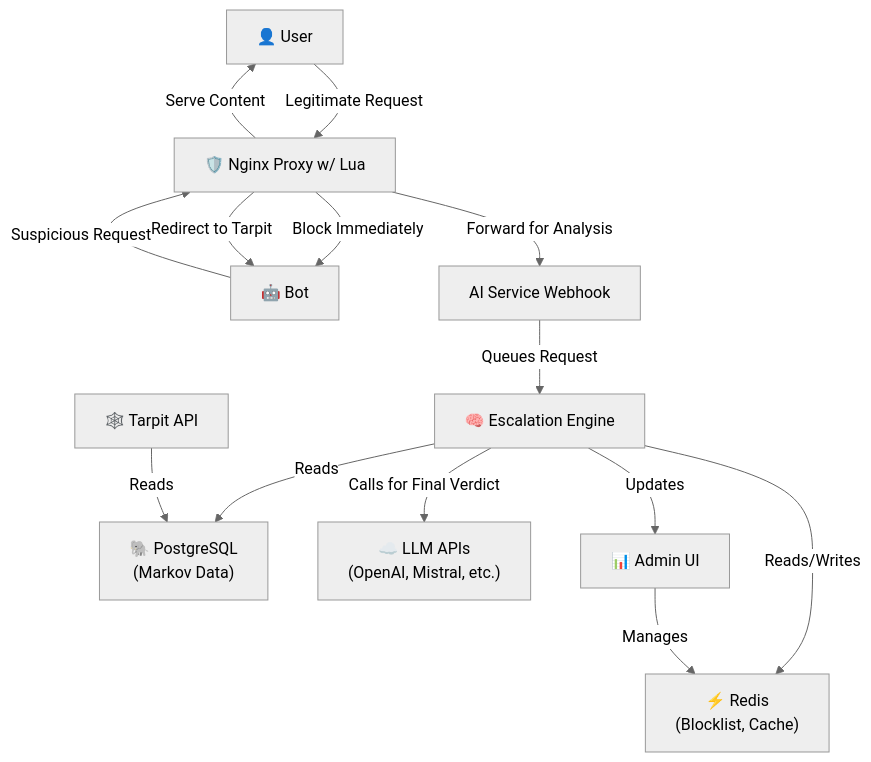
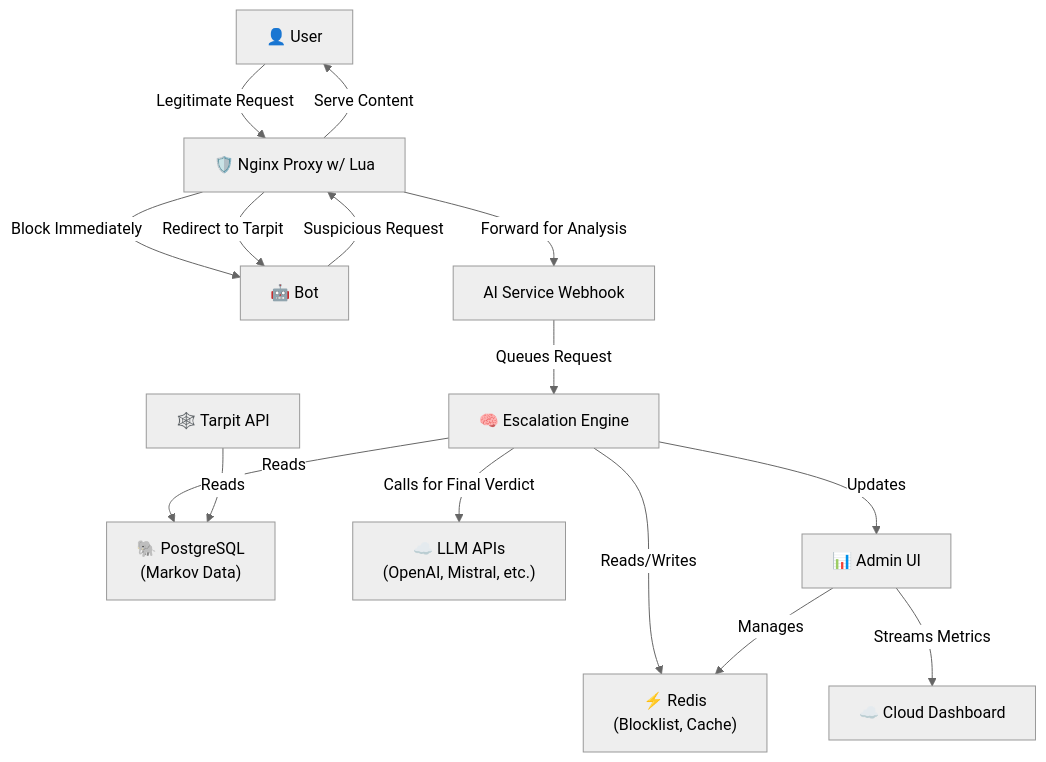
The second of 3 diagrams in docs/architecture.md (rhamenator/ai-scraping-defense), drawn with Mermaid (neutral theme) before and after one commit. The commit also changed other lines of this file and 9 other files, not shown here.

Commit message:
Add cloud dashboard service

````diff
--- a/docs/architecture.md
+++ b/docs/architecture.md
@@ -84,20 +87,21 @@
 ```mermaid
 graph TD
     User["👤 User"] -->|Legitimate Request| Nginx
     Bot["🤖 Bot"] -->|Suspicious Request| Nginx
 
     Nginx["🛡️ Nginx Proxy w/ Lua"] -->|Block Immediately| Bot
     Nginx -->|Forward for Analysis| AIService["AI Service Webhook"]
     Nginx -->|Serve Content| User
     Nginx -->|Redirect to Tarpit| Bot
 
     AIService -->|Queues Request| EscalationEngine["🧠 Escalation Engine"]
     EscalationEngine -->|Reads/Writes| Redis["⚡ Redis\n(Blocklist, Cache)"]
     EscalationEngine -->|Reads| Postgres["🐘 PostgreSQL\n(Markov Data)"]
     EscalationEngine -->|Calls for Final Verdict| LLM["☁️ LLM APIs\n(OpenAI, Mistral, etc.)"]
     EscalationEngine -->|Updates| AdminUI["📊 Admin UI"]
+    AdminUI -->|Streams Metrics| CloudDashboard["☁️ Cloud Dashboard"]
 
     AdminUI -->|Manages| Redis
 
     TarpitAPI["🕸️ Tarpit API"] -->|Reads| Postgres
 ```
````
